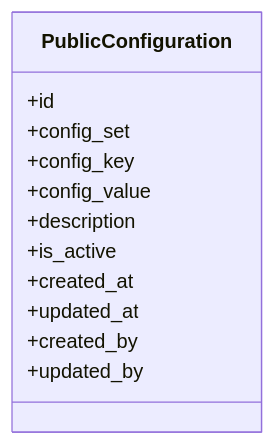
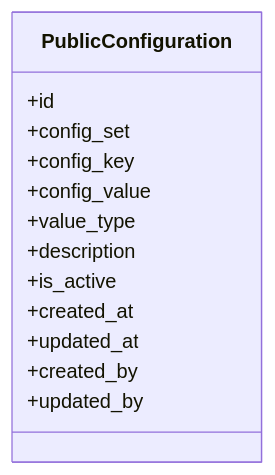
The diagram in spec/0031-public-configuration-store.md (pucardotorg/dristi-be), drawn with Mermaid before and after one commit. The commit also changed other lines of this file, not shown here.

Commit message:
Added value_type so its easy to parse

````diff
--- a/spec/0031-public-configuration-store.md
+++ b/spec/0031-public-configuration-store.md
@@ -76,15 +78,16 @@
 ```mermaid
 classDiagram
     class PublicConfiguration {
         +id
         +config_set
         +config_key
         +config_value
+        +value_type
         +description
         +is_active
         +created_at
         +updated_at
         +created_by
         +updated_by
     }
 ```
````
